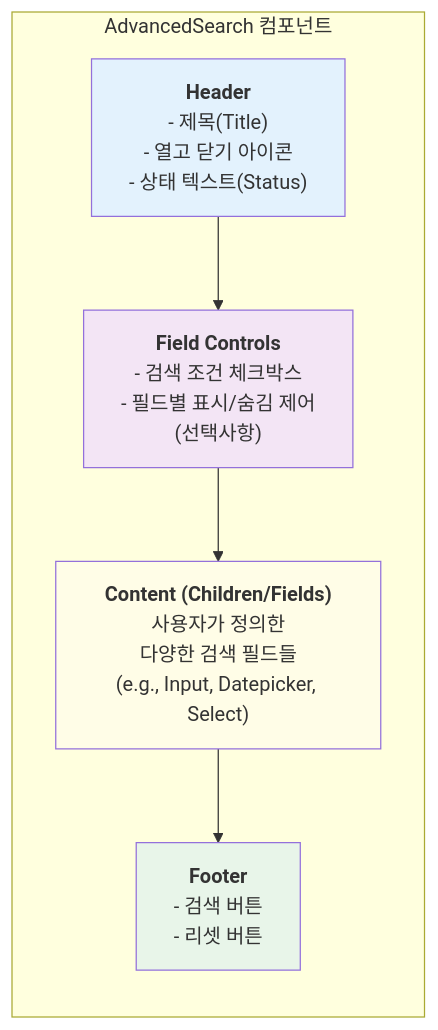
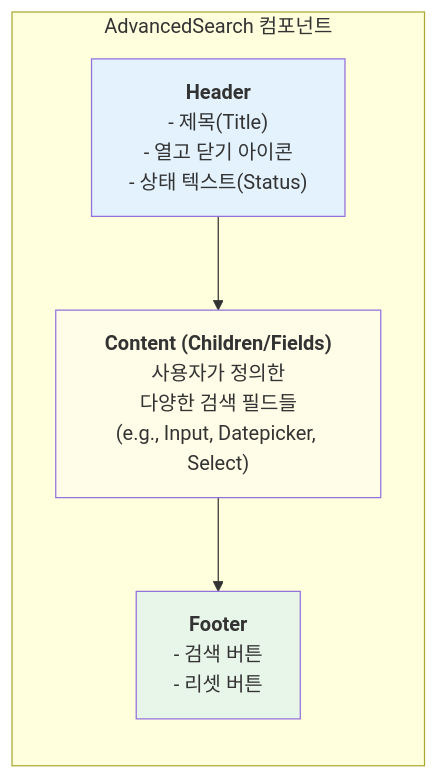
One commit to webcodur/next-temp changed the first of 4 diagrams in src/components/ui/ui-input/advanced-search/advanced-search.md. Above: the diagram before and after it, drawn with Mermaid. The commit also changed other lines of this file and 89 other files, not shown here.

````diff
--- a/src/components/ui/ui-input/advanced-search/advanced-search.md
+++ b/src/components/ui/ui-input/advanced-search/advanced-search.md
@@ -9,16 +9,14 @@
 ```mermaid
 graph TD
     subgraph "AdvancedSearch 컴포넌트"
         direction TB
         Header["<b>Header</b><br/>- 제목(Title)<br/>- 열고 닫기 아이콘<br/>- 상태 텍스트(Status)"]
-        FieldControls["<b>Field Controls</b><br/>- 검색 조건 체크박스<br/>- 필드별 표시/숨김 제어<br/>(선택사항)"]
         Content["<b>Content (Children/Fields)</b><br/>사용자가 정의한<br/>다양한 검색 필드들<br/>(e.g., Input, Datepicker, Select)"]
         Footer["<b>Footer</b><br/>- 검색 버튼<br/>- 리셋 버튼"]
     end
-    Header --> FieldControls --> Content --> Footer
+    Header --> Content --> Footer
 
     style Header fill:#e3f2fd
-    style FieldControls fill:#f3e5f5
     style Content fill:#fffde7
     style Footer fill:#e8f5e9
 ```
````
